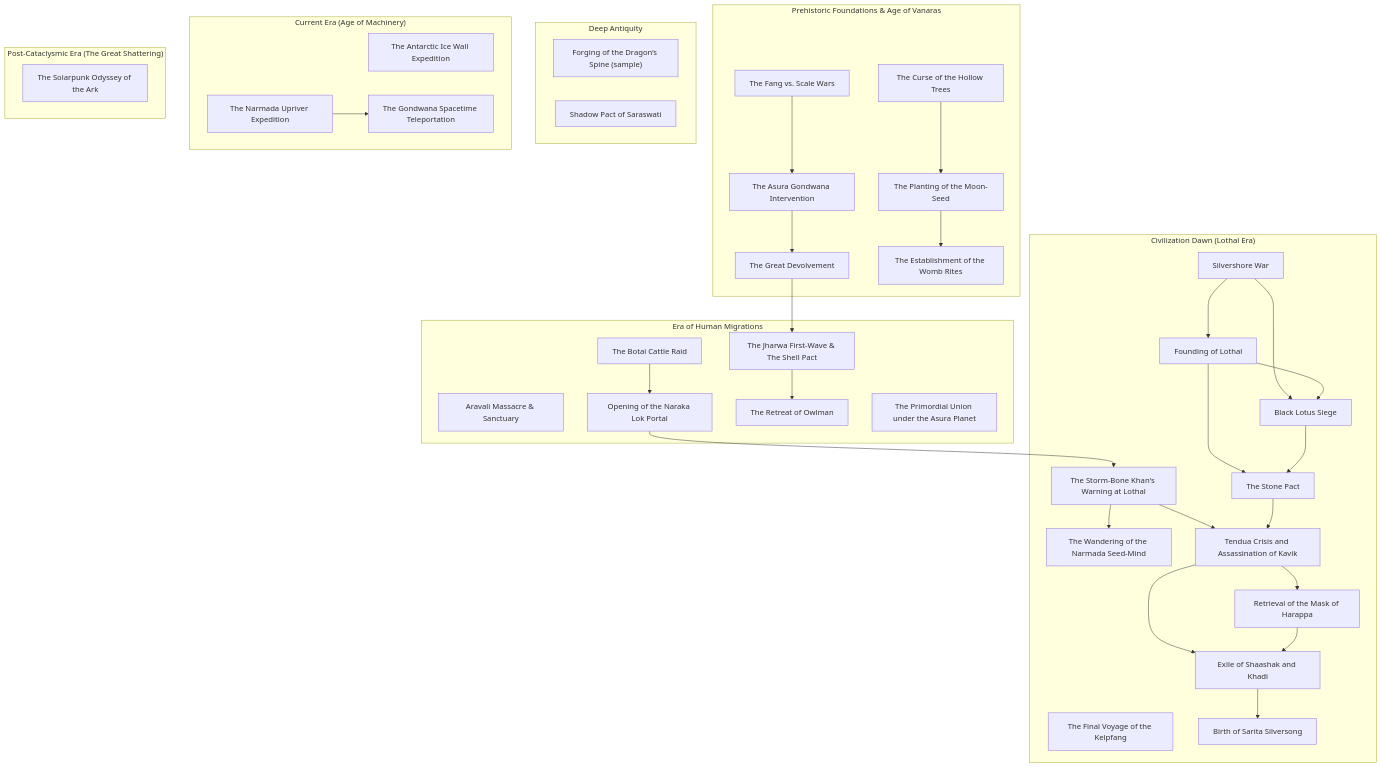
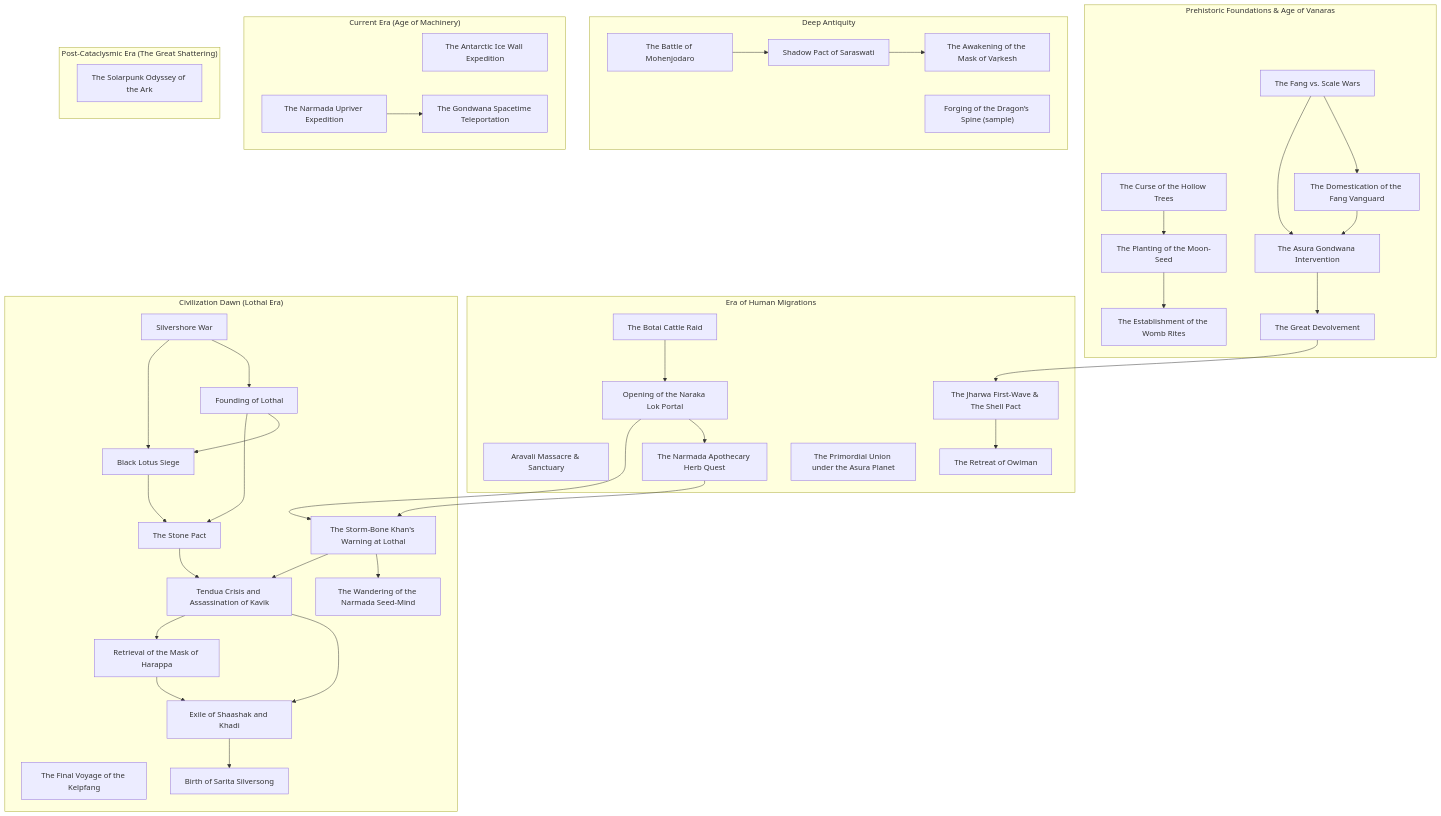
One commit to lordlebu/SouthOfTethys changed the second of 2 diagrams in docs/timeline_mermaid.md. Above: the diagram before and after it, drawn with Mermaid. The commit also changed other lines of this file and 24 other files, not shown here.

````diff
--- a/docs/timeline_mermaid.md
+++ b/docs/timeline_mermaid.md
@@ -30,65 +30,75 @@
 ```mermaid
 graph TD
     subgraph epoch_prehistoric["Prehistoric Foundations & Age of Vanaras"]
         E0["The Curse of the Hollow Trees"]
         E1["The Fang vs. Scale Wars"]
-        E2["The Asura Gondwana Intervention"]
-        E3["The Great Devolvement"]
-        E4["The Planting of the Moon-Seed"]
-        E5["The Establishment of the Womb Rites"]
+        E2["The Domestication of the Fang Vanguard"]
+        E3["The Asura Gondwana Intervention"]
+        E4["The Great Devolvement"]
+        E5["The Planting of the Moon-Seed"]
+        E6["The Establishment of the Womb Rites"]
     end
     subgraph epoch_deep_antiquity["Deep Antiquity"]
-        E6["Forging of the Dragon’s Spine (sample)"]
-        E7["Shadow Pact of Saraswati"]
+        E7["The Battle of Mohenjodaro"]
+        E8["Forging of the Dragon’s Spine (sample)"]
+        E9["Shadow Pact of Saraswati"]
+        E10["The Awakening of the Mask of Vaṛkesh"]
     end
     subgraph epoch_migrations["Era of Human Migrations"]
-        E8["Aravali Massacre & Sanctuary"]
-        E9["The Botai Cattle Raid"]
-        E10["The Jharwa First-Wave & The Shell Pact"]
-        E11["Opening of the Naraka Lok Portal"]
-        E12["The Retreat of Owlman"]
-        E13["The Primordial Union under the Asura Planet"]
+        E11["Aravali Massacre & Sanctuary"]
+        E12["The Botai Cattle Raid"]
+        E13["The Jharwa First-Wave & The Shell Pact"]
+        E14["Opening of the Naraka Lok Portal"]
+        E15["The Narmada Apothecary Herb Quest"]
+        E16["The Retreat of Owlman"]
+        E17["The Primordial Union under the Asura Planet"]
     end
     subgraph epoch_civilization_dawn["Civilization Dawn (Lothal Era)"]
-        E14["The Final Voyage of the Kelpfang"]
-        E15["The Storm-Bone Khan's Warning at Lothal"]
-        E16["The Wandering of the Narmada Seed-Mind"]
-        E17["Silvershore War"]
-        E18["Founding of Lothal"]
-        E19["Black Lotus Siege"]
-        E20["The Stone Pact"]
-        E21["Tendua Crisis and Assassination of Kavik"]
-        E22["Retrieval of the Mask of Harappa"]
-        E23["Exile of Shaashak and Khadi"]
-        E24["Birth of Sarita Silversong"]
+        E18["The Final Voyage of the Kelpfang"]
+        E19["The Storm-Bone Khan's Warning at Lothal"]
+        E20["The Wandering of the Narmada Seed-Mind"]
+        E21["Silvershore War"]
+        E22["Founding of Lothal"]
+        E23["Black Lotus Siege"]
+        E24["The Stone Pact"]
+        E25["Tendua Crisis and Assassination of Kavik"]
+        E26["Retrieval of the Mask of Harappa"]
+        E27["Exile of Shaashak and Khadi"]
+        E28["Birth of Sarita Silversong"]
     end
     subgraph epoch_current["Current Era (Age of Machinery)"]
-        E25["The Antarctic Ice Wall Expedition"]
-        E26["The Narmada Upriver Expedition"]
-        E27["The Gondwana Spacetime Teleportation"]
+        E29["The Antarctic Ice Wall Expedition"]
+        E30["The Narmada Upriver Expedition"]
+        E31["The Gondwana Spacetime Teleportation"]
     end
     subgraph epoch_post_cataclysm["Post-Cataclysmic Era (The Great Shattering)"]
-        E28["The Solarpunk Odyssey of the Ark"]
+        E32["The Solarpunk Odyssey of the Ark"]
     end
-    E0 --> E4
+    E0 --> E5
+    E1 --> E3
     E1 --> E2
     E2 --> E3
-    E3 --> E10
-    E4 --> E5
-    E9 --> E11
-    E10 --> E12
-    E11 --> E15
-    E15 --> E21
-    E15 --> E16
-    E17 --> E19
-    E17 --> E18
-    E18 --> E20
-    E18 --> E19
+    E3 --> E4
+    E4 --> E13
+    E5 --> E6
+    E7 --> E9
+    E9 --> E10
+    E12 --> E14
+    E13 --> E16
+    E14 --> E19
+    E14 --> E15
+    E15 --> E19
+    E19 --> E25
     E19 --> E20
-    E20 --> E21
+    E21 --> E23
     E21 --> E22
-    E21 --> E23
+    E22 --> E24
     E22 --> E23
     E23 --> E24
+    E24 --> E25
+    E25 --> E26
+    E25 --> E27
     E26 --> E27
+    E27 --> E28
+    E30 --> E31
 ```
````
